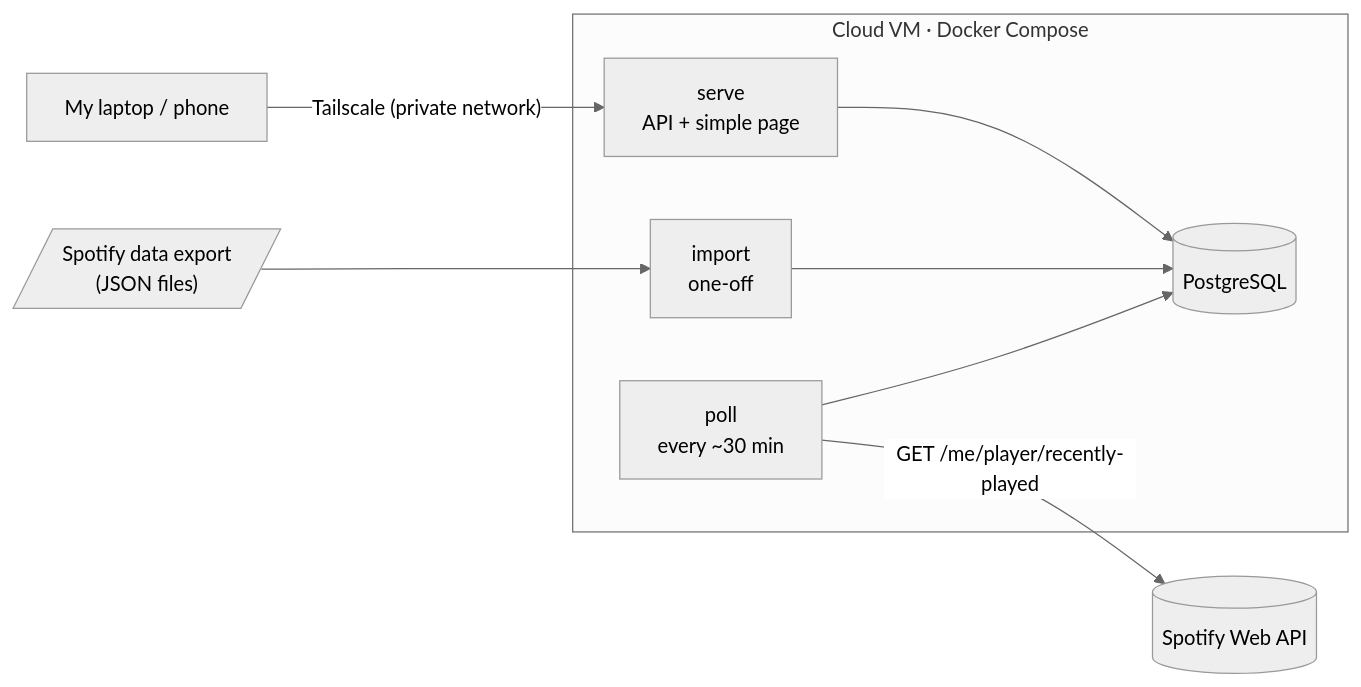
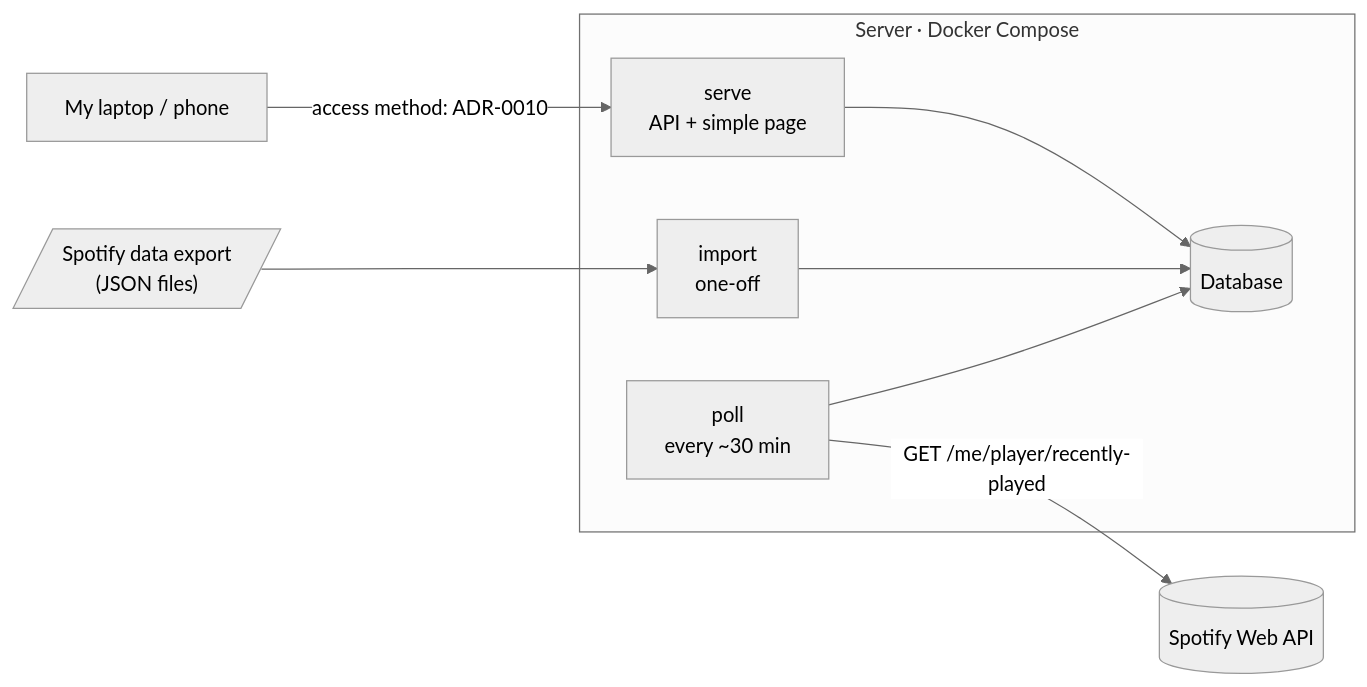
Before and after one commit to rn727/spotify-tracker: the diagram in README.md, drawn with Mermaid (neutral theme). The commit also changed other lines of this file and 1 other file, not shown here.

````diff
--- a/README.md
+++ b/README.md
@@ -27,13 +27,13 @@
 ```mermaid
 flowchart LR
     spotify[(Spotify Web API)]
     export[/"Spotify data export<br/>(JSON files)"/]
-    subgraph vm["Cloud VM · Docker Compose"]
-        poller["poll<br/>every ~30 min"] --> db[(PostgreSQL)]
+    subgraph vm["Server · Docker Compose"]
+        poller["poll<br/>every ~30 min"] --> db[(Database)]
         importer["import<br/>one-off"] --> db
         api["serve<br/>API + simple page"] --> db
     end
     poller -- "GET /me/player/recently-played" --> spotify
     export --> importer
-    me["My laptop / phone"] -- "Tailscale (private network)" --> api
+    me["My laptop / phone"] -- "access method: ADR-0010" --> api
 ```
````
